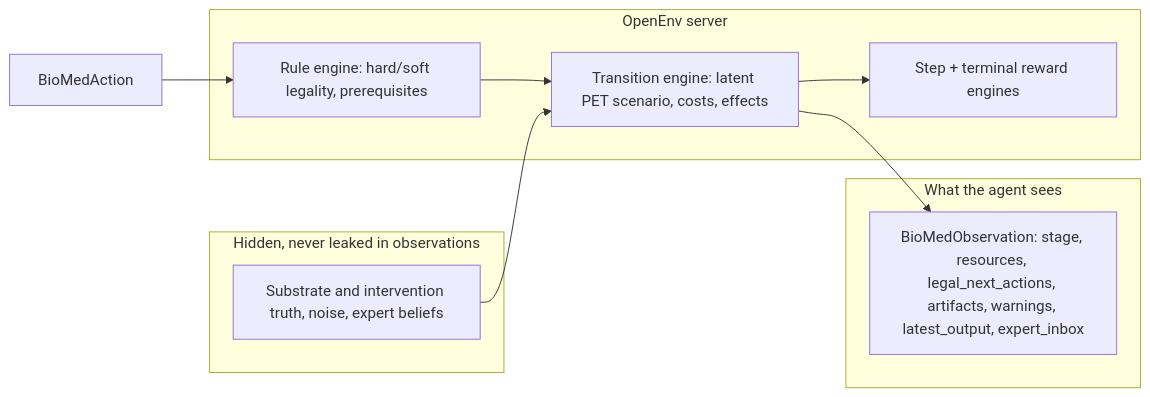
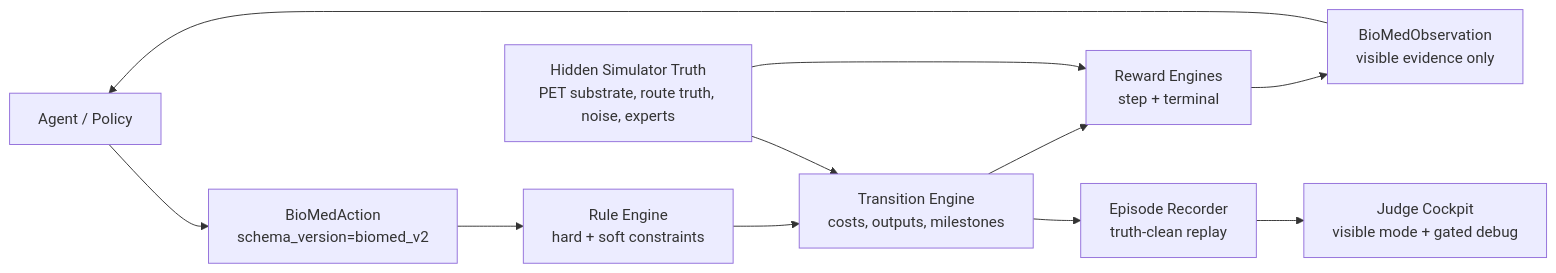
Before and after one commit to anas-mshaikh/bioMed: the fifth of 5 diagrams in README.md, drawn with Mermaid. The commit also changed other lines of this file, not shown here.

````diff
--- a/README.md
+++ b/README.md
@@ -40,19 +137,14 @@
 ```mermaid
 flowchart LR
-  subgraph public [What the agent sees]
-    Obs["BioMedObservation: stage, resources, legal_next_actions, artifacts, warnings, latest_output, expert_inbox"]
-  end
-  subgraph server [OpenEnv server]
-    Rules["Rule engine: hard/soft legality, prerequisites"]
-    Sim["Transition engine: latent PET scenario, costs, effects"]
-    Rew["Step + terminal reward engines"]
-  end
-  subgraph latent [Hidden, never leaked in observations]
-    Truth["Substrate and intervention truth, noise, expert beliefs"]
-  end
-  Action["BioMedAction"] --> Rules
-  Rules --> Sim
-  Sim --> Rew
-  Sim --> Obs
-  Truth --> Sim
+  Agent["Agent / Policy"] --> Action["BioMedAction<br/>schema_version=biomed_v2"]
+  Action --> Rules["Rule Engine<br/>hard + soft constraints"]
+  Rules --> Transition["Transition Engine<br/>costs, outputs, milestones"]
+  Transition --> Reward["Reward Engines<br/>step + terminal"]
+  Reward --> Observation["BioMedObservation<br/>visible evidence only"]
+  Observation --> Agent
+
+  Latent["Hidden Simulator Truth<br/>PET substrate, route truth, noise, experts"] --> Transition
+  Latent --> Reward
+  Transition --> Recorder["Episode Recorder<br/>truth-clean replay"]
+  Recorder --> UI["Judge Cockpit<br/>visible mode + gated debug"]
 ```
````
